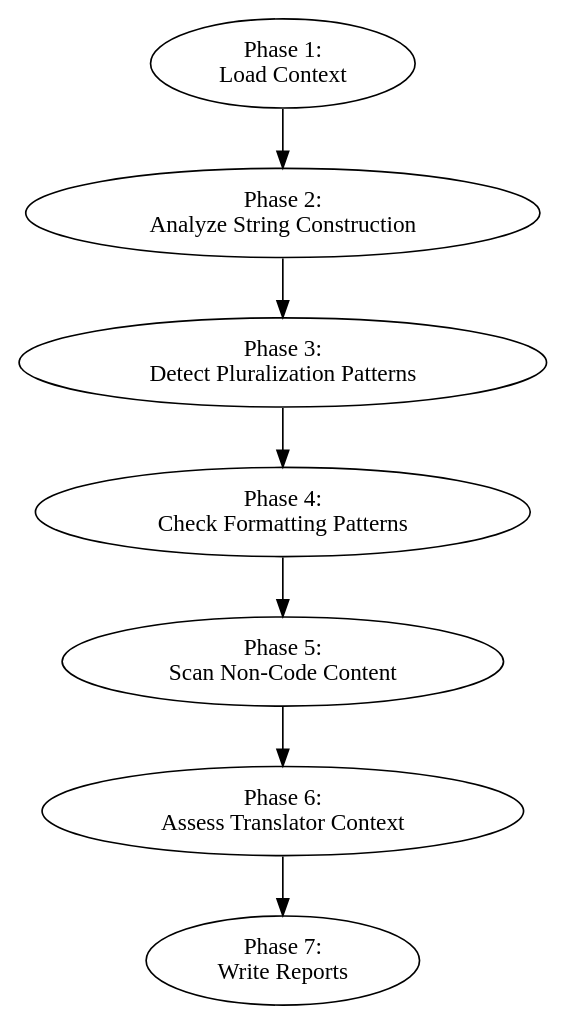
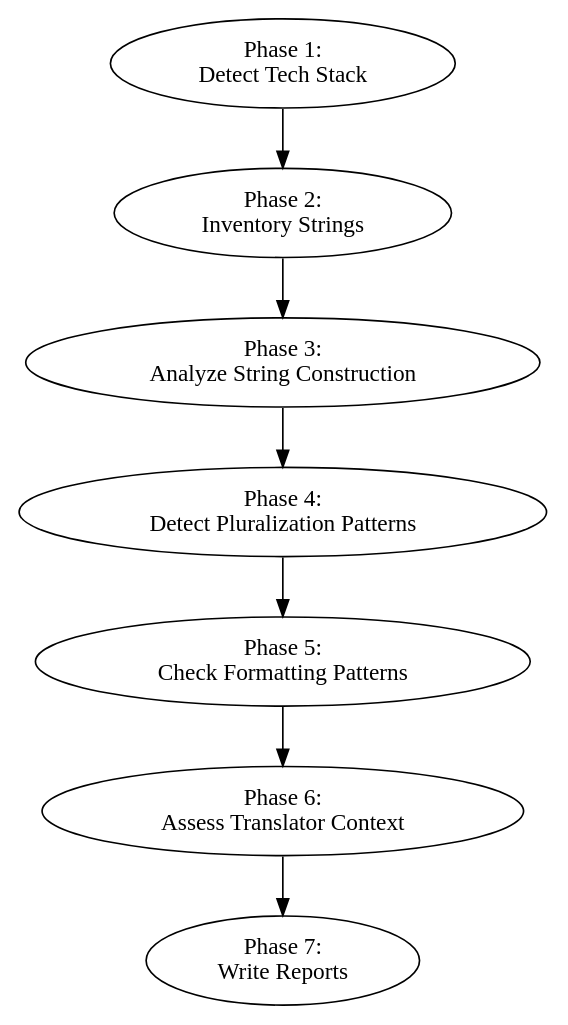
One commit to benjanes/i18n-skills changed the diagram in skills/auditing-i18n-string-patterns/SKILL.md. Above: the diagram before and after it, drawn with Graphviz. The commit also changed other lines of this file and 5 other files, not shown here.

````diff
--- a/skills/auditing-i18n-string-patterns/SKILL.md
+++ b/skills/auditing-i18n-string-patterns/SKILL.md
@@ -56,10 +57,10 @@
 ```dot
 digraph string_patterns {
-    "Phase 1:\nLoad Context" -> "Phase 2:\nAnalyze String Construction";
-    "Phase 2:\nAnalyze String Construction" -> "Phase 3:\nDetect Pluralization Patterns";
-    "Phase 3:\nDetect Pluralization Patterns" -> "Phase 4:\nCheck Formatting Patterns";
-    "Phase 4:\nCheck Formatting Patterns" -> "Phase 5:\nScan Non-Code Content";
-    "Phase 5:\nScan Non-Code Content" -> "Phase 6:\nAssess Translator Context";
+    "Phase 1:\nDetect Tech Stack" -> "Phase 2:\nInventory Strings";
+    "Phase 2:\nInventory Strings" -> "Phase 3:\nAnalyze String Construction";
+    "Phase 3:\nAnalyze String Construction" -> "Phase 4:\nDetect Pluralization Patterns";
+    "Phase 4:\nDetect Pluralization Patterns" -> "Phase 5:\nCheck Formatting Patterns";
+    "Phase 5:\nCheck Formatting Patterns" -> "Phase 6:\nAssess Translator Context";
     "Phase 6:\nAssess Translator Context" -> "Phase 7:\nWrite Reports";
 }
 ```
````
